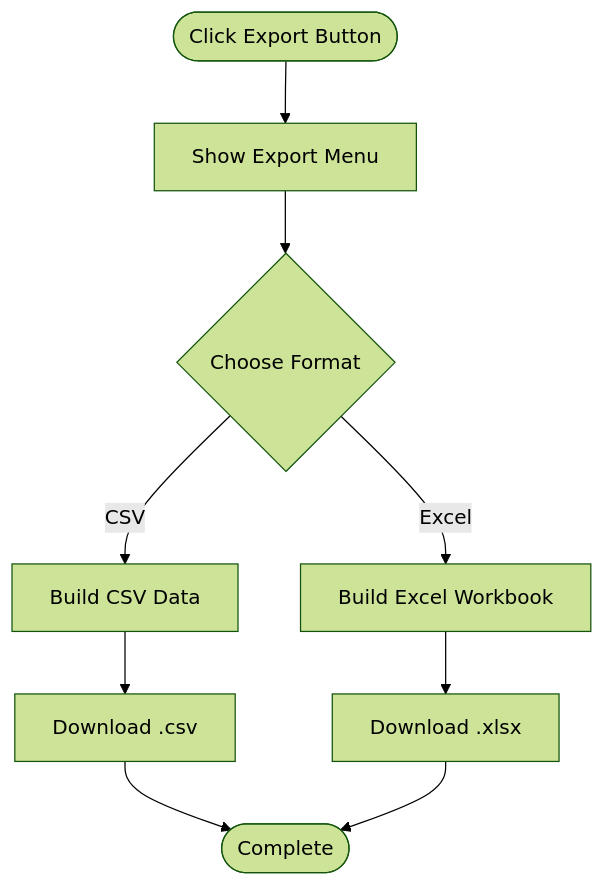
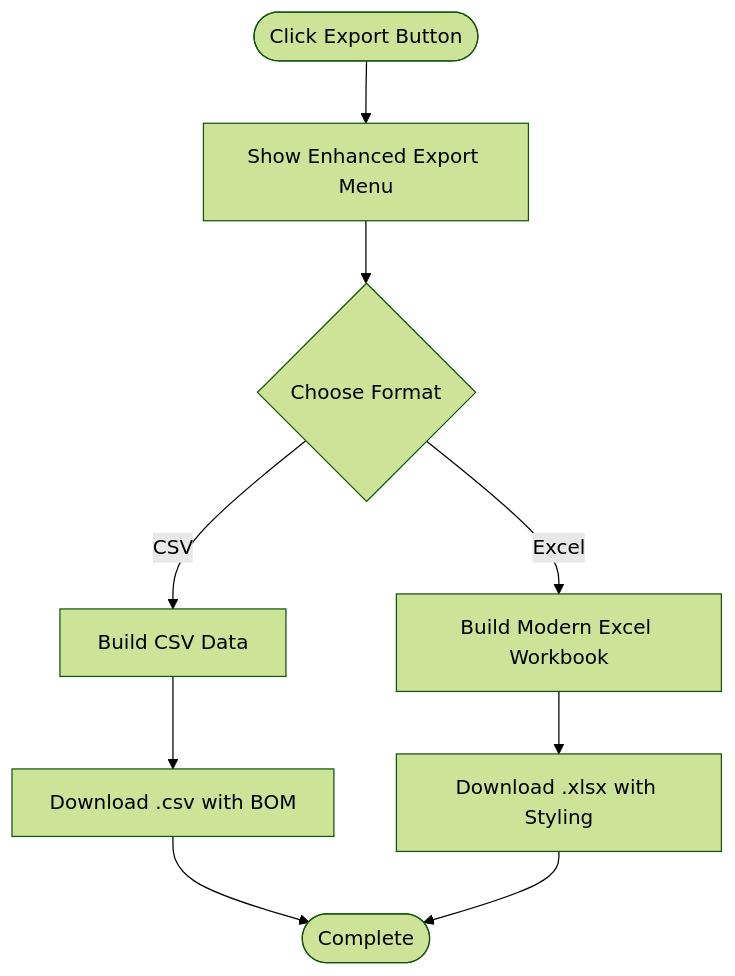
One commit to rendisiagian/TDS_by_RENDISIAGIAN changed the sixth of 7 diagrams in .qoder/repowiki/en/content/Tax Deducted at Source (TDS) System/Tax Deducted at Source (TDS) System.md. Above: the diagram before and after it, drawn with Mermaid (forest theme). The commit also changed other lines of this file and 96 other files, not shown here.

````diff
--- a/.qoder/repowiki/en/content/Tax Deducted at Source (TDS) System/Tax Deducted at Source (TDS) System.md
+++ b/.qoder/repowiki/en/content/Tax Deducted at Source (TDS) System/Tax Deducted at Source (TDS) System.md
@@ -225,11 +251,11 @@
 ```mermaid
 flowchart TD
-Start(["Click Export Button"]) --> ShowMenu["Show Export Menu"]
+Start(["Click Export Button"]) --> ShowMenu["Show Enhanced Export Menu"]
 ShowMenu --> ChooseFormat{"Choose Format"}
 ChooseFormat --> |CSV| BuildCSV["Build CSV Data"]
-ChooseFormat --> |Excel| BuildExcel["Build Excel Workbook"]
-BuildCSV --> DownloadCSV["Download .csv"]
-BuildExcel --> DownloadExcel["Download .xlsx"]
+ChooseFormat --> |Excel| BuildExcel["Build Modern Excel Workbook"]
+BuildCSV --> DownloadCSV["Download .csv with BOM"]
+BuildExcel --> DownloadExcel["Download .xlsx with Styling"]
 DownloadCSV --> End(["Complete"])
 DownloadExcel --> End
 ```
````
